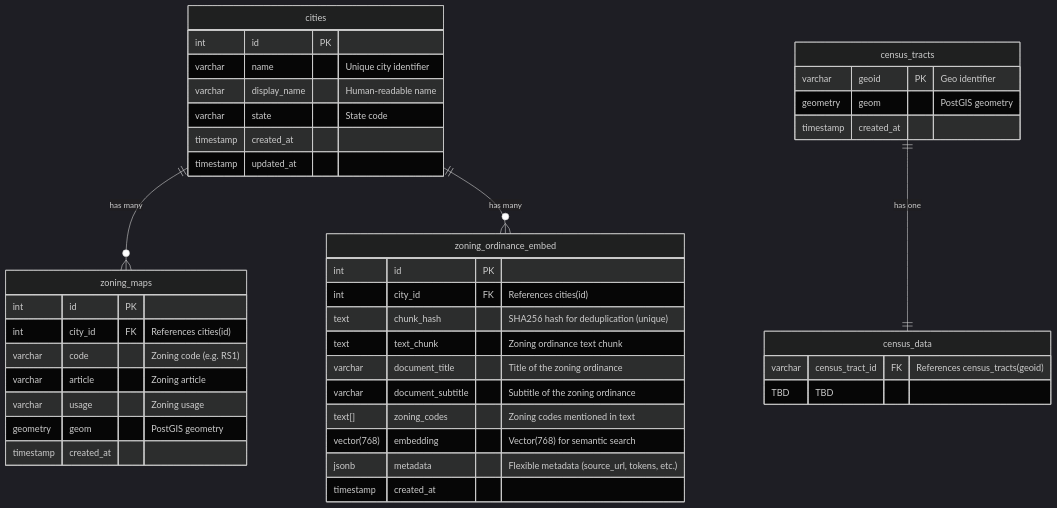
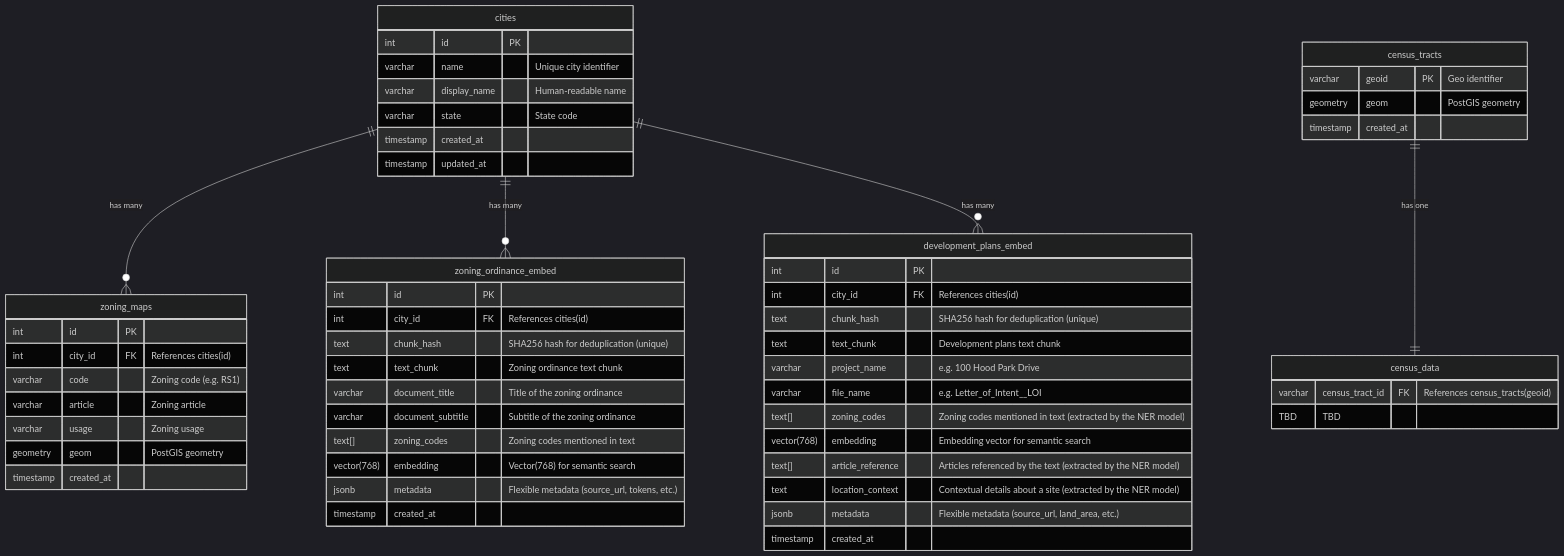
The diagram in README.md (a2as-team/ac215_Spatially), drawn with Mermaid (dark theme) before and after one commit.

Commit message:
add mermaid diagram for development_plans_embed in the readme

````diff
--- a/README.md
+++ b/README.md
@@ -7,49 +7,65 @@
 ```mermaid
 erDiagram
     cities ||--o{ zoning_maps : "has many"
     census_tracts ||--|| census_data : "has one"
     cities ||--o{ zoning_ordinance_embed : "has many"
+    cities ||--o{ development_plans_embed : "has many"
 
     cities {
         int id PK
         varchar name "Unique city identifier"
         varchar display_name "Human-readable name"
         varchar state "State code"
         timestamp created_at
         timestamp updated_at
     }
 
     census_tracts {
         varchar geoid PK "Geo identifier"
         geometry geom "PostGIS geometry"
         timestamp created_at
     }
 
     census_data {
         varchar census_tract_id FK "References census_tracts(geoid)"
         TBD TBD 
     }
 
     zoning_maps {
         int id PK
         int city_id FK "References cities(id)"
         varchar code "Zoning code (e.g. RS1)"
         varchar article "Zoning article"
         varchar usage "Zoning usage"
         geometry geom "PostGIS geometry"
         timestamp created_at
     }
 
     zoning_ordinance_embed {
         int id PK
         int city_id FK "References cities(id)"
         text chunk_hash "SHA256 hash for deduplication (unique)"
         text text_chunk "Zoning ordinance text chunk"
         varchar document_title "Title of the zoning ordinance"
         varchar document_subtitle "Subtitle of the zoning ordinance"
         text[] zoning_codes "Zoning codes mentioned in text"
         vector(768) embedding "Vector(768) for semantic search"
         jsonb metadata "Flexible metadata (source_url, tokens, etc.)"
         timestamp created_at
     }
+
+    development_plans_embed {
+        int id PK
+        int city_id FK "References cities(id)"
+        text chunk_hash "SHA256 hash for deduplication (unique)"
+        text text_chunk "Development plans text chunk"
+        varchar project_name "e.g. 100 Hood Park Drive"
+        varchar file_name "e.g. Letter_of_Intent__LOI"
+        text[] zoning_codes "Zoning codes mentioned in text (extracted by the NER model)"
+        vector(768) embedding "Embedding vector for semantic search"
+        text[] article_reference "Articles referenced by the text (extracted by the NER model)"
+        text location_context "Contextual details about a site (extracted by the NER model)"
+        jsonb metadata "Flexible metadata (source_url, land_area, etc.)"
+        timestamp created_at
+    }
 ```
````
